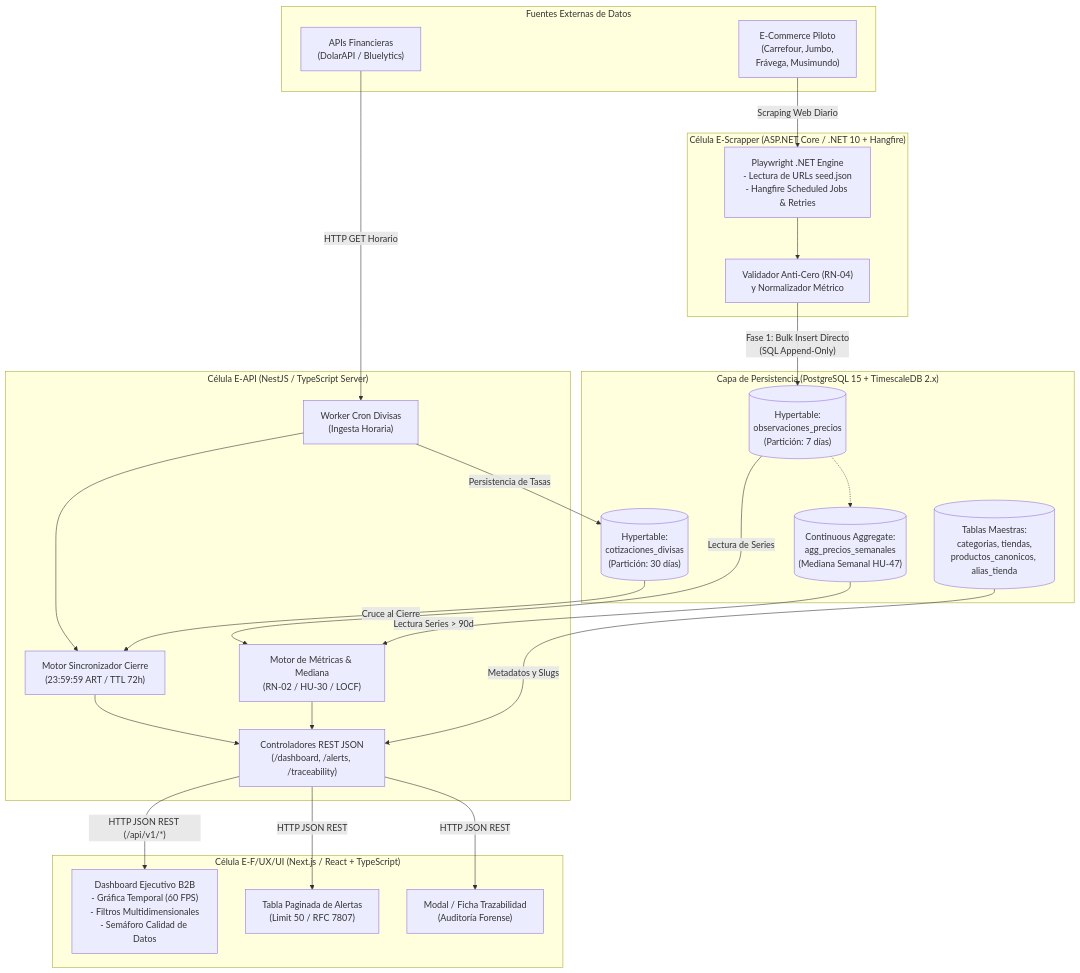
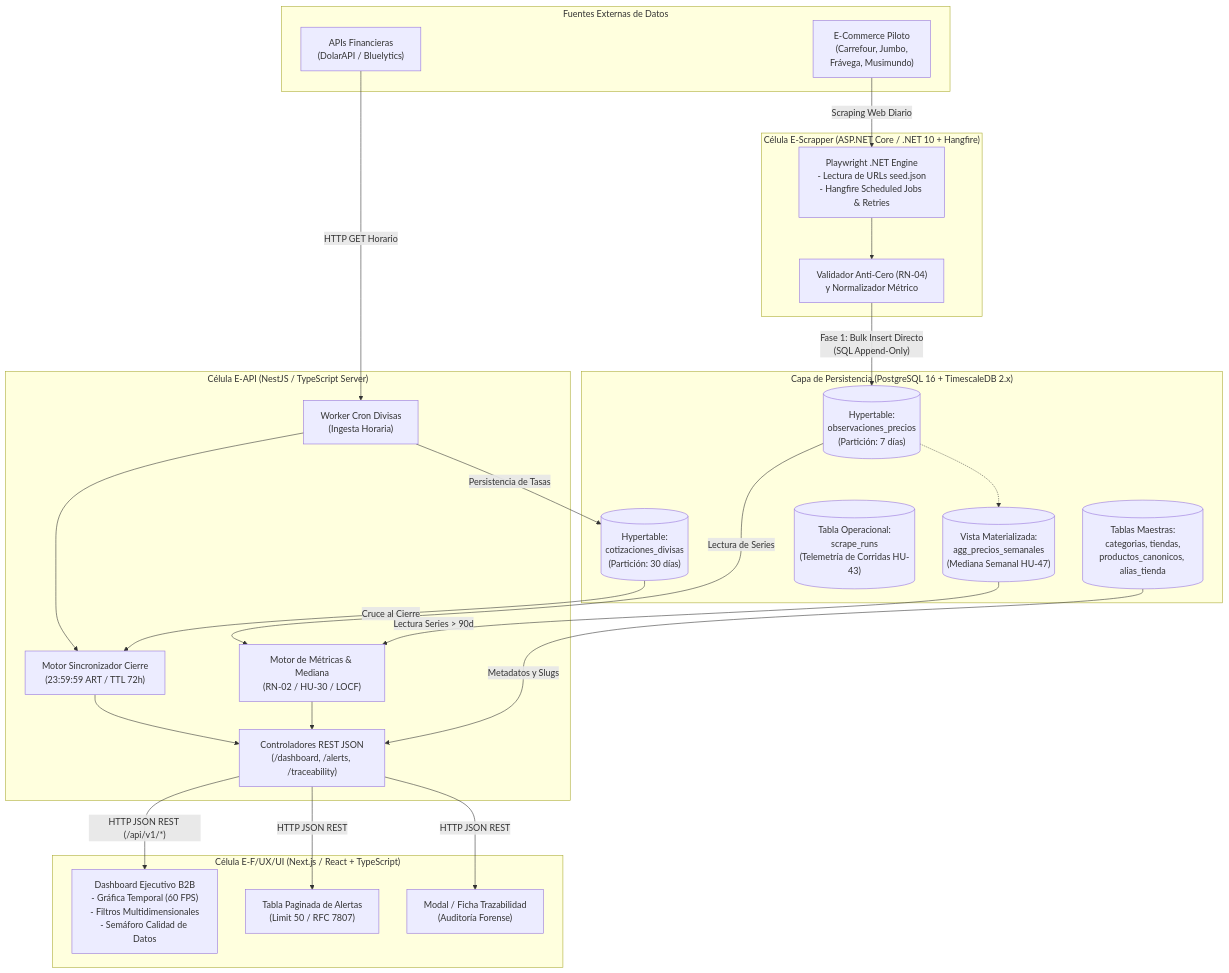
The first of 4 diagrams in docs/01-analisis/05-Software-Architecture-Pipeline.md (No-Country-simulation/S10-26-EQUIPO-2-PriceScope), drawn with Mermaid before and after one commit. The commit also changed other lines of this file, not shown here.

Commit message:
feat(docs): update architecture specification to PostgreSQL 16 and add operational table `scrape_runs`

````diff
--- a/docs/01-analisis/05-Software-Architecture-Pipeline.md
+++ b/docs/01-analisis/05-Software-Architecture-Pipeline.md
@@ -50,56 +51,57 @@
 ```mermaid
 flowchart TD
     subgraph FuentesExternas ["Fuentes Externas de Datos"]
         COM["E-Commerce Piloto<br/>(Carrefour, Jumbo,<br/>Frávega, Musimundo)"]
         FIN["APIs Financieras<br/>(DolarAPI / Bluelytics)"]
     end
 
     subgraph PipelineScraping ["Célula E-Scrapper (ASP.NET Core / .NET 10 + Hangfire)"]
         SCRAP["Playwright .NET Engine<br/>- Lectura de URLs seed.json<br/>- Hangfire Scheduled Jobs & Retries"]
         DTO_VAL["Validador Anti-Cero (RN-04)<br/>y Normalizador Métrico"]
         SCRAP --> DTO_VAL
     end
 
-    subgraph Persistencia ["Capa de Persistencia (PostgreSQL 15 + TimescaleDB 2.x)"]
+    subgraph Persistencia ["Capa de Persistencia (PostgreSQL 16 + TimescaleDB 2.x)"]
         HYPER_OBS[("Hypertable:<br/>observaciones_precios<br/>(Partición: 7 días)")]
         HYPER_DIV[("Hypertable:<br/>cotizaciones_divisas<br/>(Partición: 30 días)")]
         REL_MAST[("Tablas Maestras:<br/>categorias, tiendas,<br/>productos_canonicos, alias_tienda")]
-        AGG_MAT[("Continuous Aggregate:<br/>agg_precios_semanales<br/>(Mediana Semanal HU-47)")]
+        OPER_RUNS[("Tabla Operacional:<br/>scrape_runs<br/>(Telemetría de Corridas HU-43)")]
+        AGG_MAT[("Vista Materializada:<br/>agg_precios_semanales<br/>(Mediana Semanal HU-47)")]
         HYPER_OBS -.-> AGG_MAT
     end
 
     subgraph BackendAPI ["Célula E-API (NestJS / TypeScript Server)"]
         CRON_DIV["Worker Cron Divisas<br/>(Ingesta Horaria)"]
         CLOSE_ENG["Motor Sincronizador Cierre<br/>(23:59:59 ART / TTL 72h)"]
         CALC_MED["Motor de Métricas & Mediana<br/>(RN-02 / HU-30 / LOCF)"]
         API_ENDP["Controladores REST JSON<br/>(/dashboard, /alerts, /traceability)"]
         CRON_DIV --> CLOSE_ENG
         CLOSE_ENG --> API_ENDP
         CALC_MED --> API_ENDP
     end
 
     subgraph FrontendSPA ["Célula E-F/UX/UI (Next.js / React + TypeScript)"]
         DASH_UI["Dashboard Ejecutivo B2B<br/>- Gráfica Temporal (60 FPS)<br/>- Filtros Multidimensionales<br/>- Semáforo Calidad de Datos"]
         ALERT_UI["Tabla Paginada de Alertas<br/>(Limit 50 / RFC 7807)"]
         TRACE_UI["Modal / Ficha Trazabilidad<br/>(Auditoría Forense)"]
     end
 
     %% Conexiones
     COM -->|Scraping Web Diario| SCRAP
     FIN -->|HTTP GET Horario| CRON_DIV
     
     %% Fase 1 Direct Bulk Insert
     DTO_VAL -->|"Fase 1: Bulk Insert Directo<br/>(SQL Append-Only)"| HYPER_OBS
     CRON_DIV -->|"Persistencia de Tasas"| HYPER_DIV
 
     %% Consumo Backend
     HYPER_OBS -->|"Lectura de Series"| CALC_MED
     AGG_MAT -->|"Lectura Series > 90d"| CALC_MED
     HYPER_DIV -->|"Cruce al Cierre"| CLOSE_ENG
     REL_MAST -->|"Metadatos y Slugs"| API_ENDP
 
     %% Consumo Frontend
     API_ENDP -->|"HTTP JSON REST (/api/v1/*)"| DASH_UI
     API_ENDP -->|"HTTP JSON REST"| ALERT_UI
     API_ENDP -->|"HTTP JSON REST"| TRACE_UI
 ```
````
